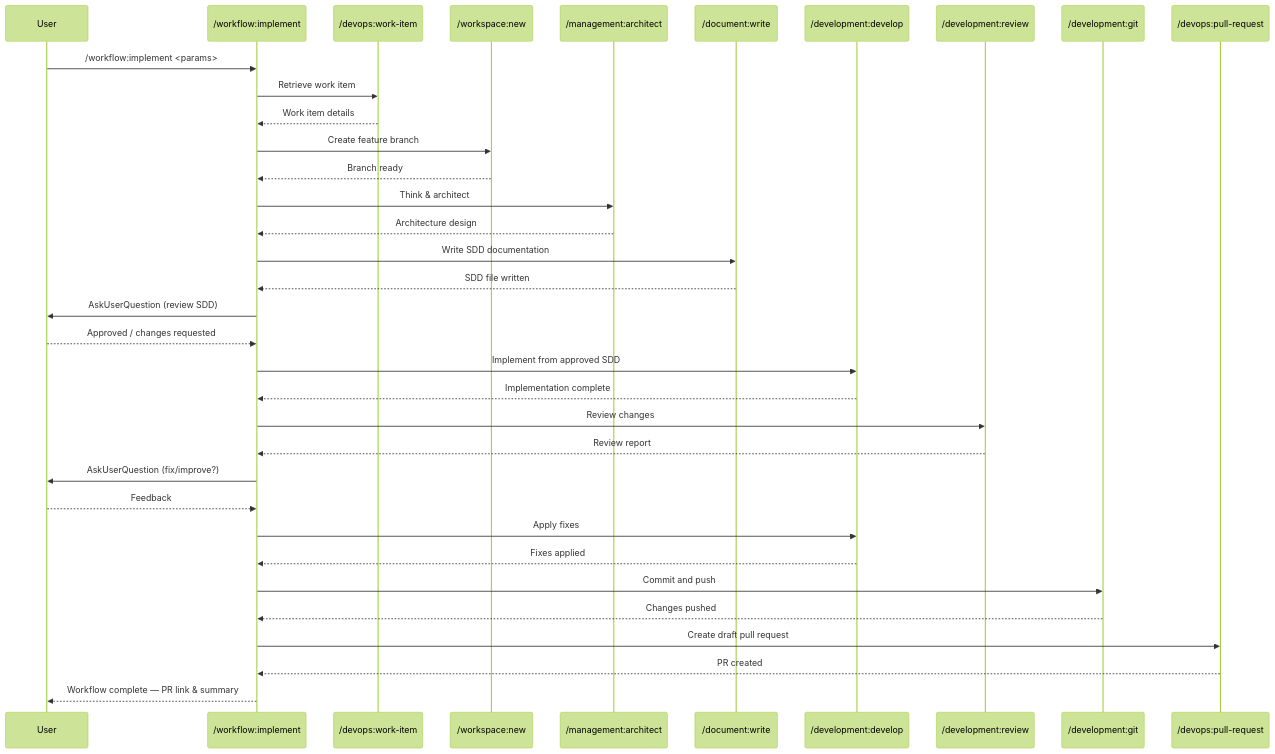
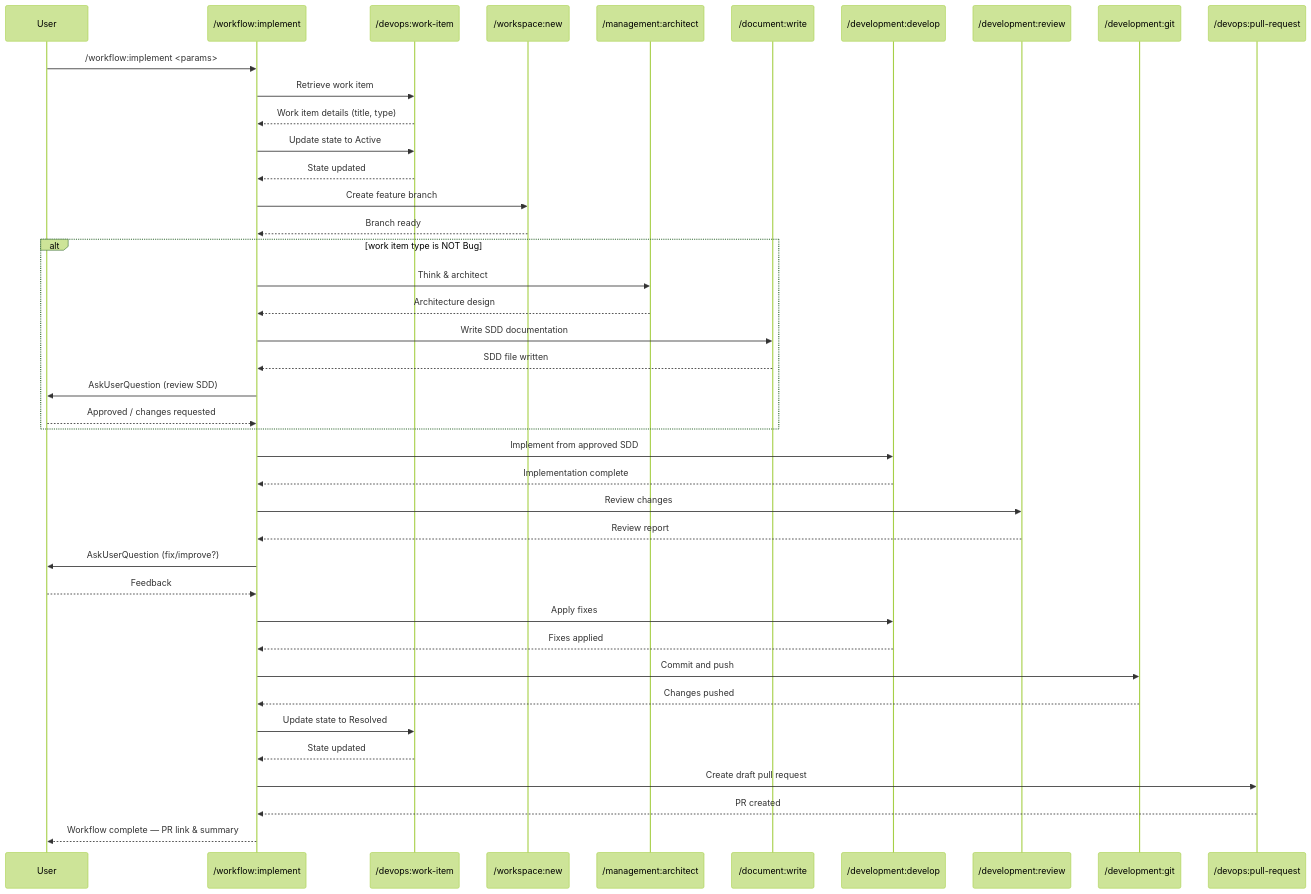
One commit to zzaia/zzaia-agentic-workspace changed the diagram in .claude/commands/workflow/implement.md. Above: the diagram before and after it, drawn with Mermaid (forest theme). The commit also changed other lines of this file and 1 other file, not shown here.

Commit message:
Improving the implement workflows;

````diff
--- a/.claude/commands/workflow/implement.md
+++ b/.claude/commands/workflow/implement.md
@@ -101,48 +106,54 @@
 ```mermaid
 sequenceDiagram
     participant U as User
     participant P as /workflow:implement
     participant WI as /devops:work-item
     participant WN as /workspace:new
     participant MA as /management:architect
     participant DW as /document:write
     participant DD as /development:develop
     participant DR as /development:review
     participant DG as /development:git
     participant PR as /devops:pull-request
 
     U->>P: /workflow:implement <params>
 
     P->>WI: Retrieve work item
-    WI-->>P: Work item details
+    WI-->>P: Work item details (title, type)
+    P->>WI: Update state to Active
+    WI-->>P: State updated
 
     P->>WN: Create feature branch
     WN-->>P: Branch ready
 
-    P->>MA: Think & architect
-    MA-->>P: Architecture design
+    alt work item type is NOT Bug
+        P->>MA: Think & architect
+        MA-->>P: Architecture design
 
-    P->>DW: Write SDD documentation
-    DW-->>P: SDD file written
+        P->>DW: Write SDD documentation
+        DW-->>P: SDD file written
 
-    P->>U: AskUserQuestion (review SDD)
-    U-->>P: Approved / changes requested
+        P->>U: AskUserQuestion (review SDD)
+        U-->>P: Approved / changes requested
+    end
 
     P->>DD: Implement from approved SDD
     DD-->>P: Implementation complete
 
     P->>DR: Review changes
     DR-->>P: Review report
     P->>U: AskUserQuestion (fix/improve?)
     U-->>P: Feedback
     P->>DD: Apply fixes
     DD-->>P: Fixes applied
 
     P->>DG: Commit and push
     DG-->>P: Changes pushed
+    P->>WI: Update state to Resolved
+    WI-->>P: State updated
 
     P->>PR: Create draft pull request
     PR-->>P: PR created
 
     P-->>U: Workflow complete — PR link & summary
 ```
````
